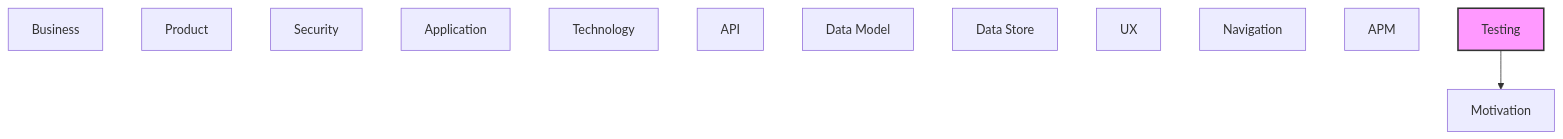
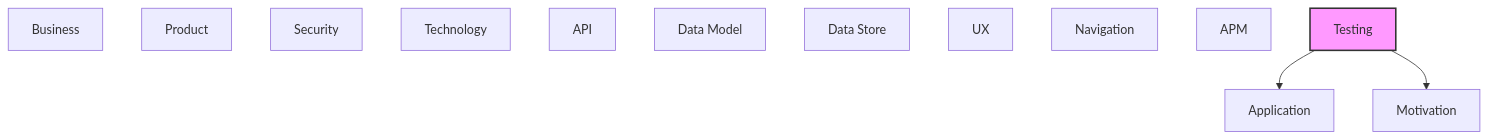
Before and after one commit to tinkermonkey/documentation_robotics_viewer: the second of 2 diagrams in documentation-robotics/reports/13-testing-layer-report.md, drawn with Mermaid. The commit also changed other lines of this file and 39 other files, not shown here.

````diff
--- a/documentation-robotics/reports/13-testing-layer-report.md
+++ b/documentation-robotics/reports/13-testing-layer-report.md
@@ -50,19 +50,20 @@
 ```mermaid
 flowchart TB
   classDef current fill:#f9f,stroke:#333,stroke-width:2px
   motivation["Motivation"]
   business["Business"]
   product["Product"]
   security["Security"]
   application["Application"]
   technology["Technology"]
   api["API"]
   data_model["Data Model"]
   data_store["Data Store"]
   ux["UX"]
   navigation["Navigation"]
   apm["APM"]
   testing["Testing"]
+  testing --> application
   testing --> motivation
   class testing current
 ```
````
